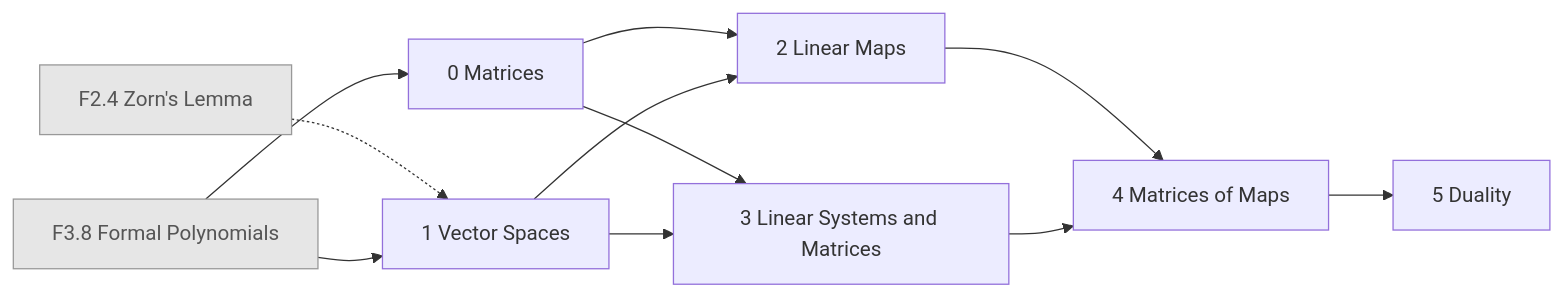
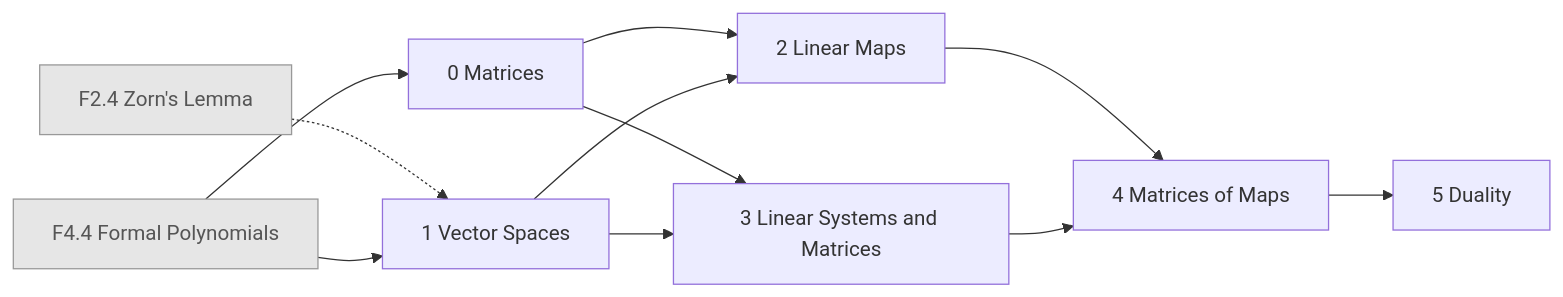
The diagram in generated/chapters/LA1.mmd (AkizumiFox/math-atlas), drawn with Mermaid before and after one commit. The commit also changed 24 other files, not shown here.

First line of the commit message:
Series and volumes: one volume per book; Foundations ends with R built from Cauchy sequences

```diff
--- a/generated/chapters/LA1.mmd
+++ b/generated/chapters/LA1.mmd
@@ -1,22 +1,22 @@
 flowchart LR
   F2_4["F2.4 Zorn's Lemma"]:::ext
-  F3_8["F3.8 Formal Polynomials"]:::ext
+  F4_4["F4.4 Formal Polynomials"]:::ext
   LA1_0["0 Matrices"]
   LA1_1["1 Vector Spaces"]
   LA1_2["2 Linear Maps"]
   LA1_3["3 Linear Systems and Matrices"]
   LA1_4["4 Matrices of Maps"]
   LA1_5["5 Duality"]
-  F3_8 --> LA1_0
+  F4_4 --> LA1_0
   F2_4 -.-> LA1_1
-  F3_8 --> LA1_1
+  F4_4 --> LA1_1
   LA1_0 --> LA1_2
   LA1_1 --> LA1_2
   LA1_0 --> LA1_3
   LA1_1 --> LA1_3
   LA1_2 --> LA1_4
   LA1_3 --> LA1_4
   LA1_4 --> LA1_5
   classDef ext fill:#e6e6e6,stroke:#999,color:#555
   classDef opt fill:#fff,stroke:#999,stroke-dasharray:4 3,color:#555
   classDef segb fill:#f6f6fb,stroke:#99a,color:#333
```
